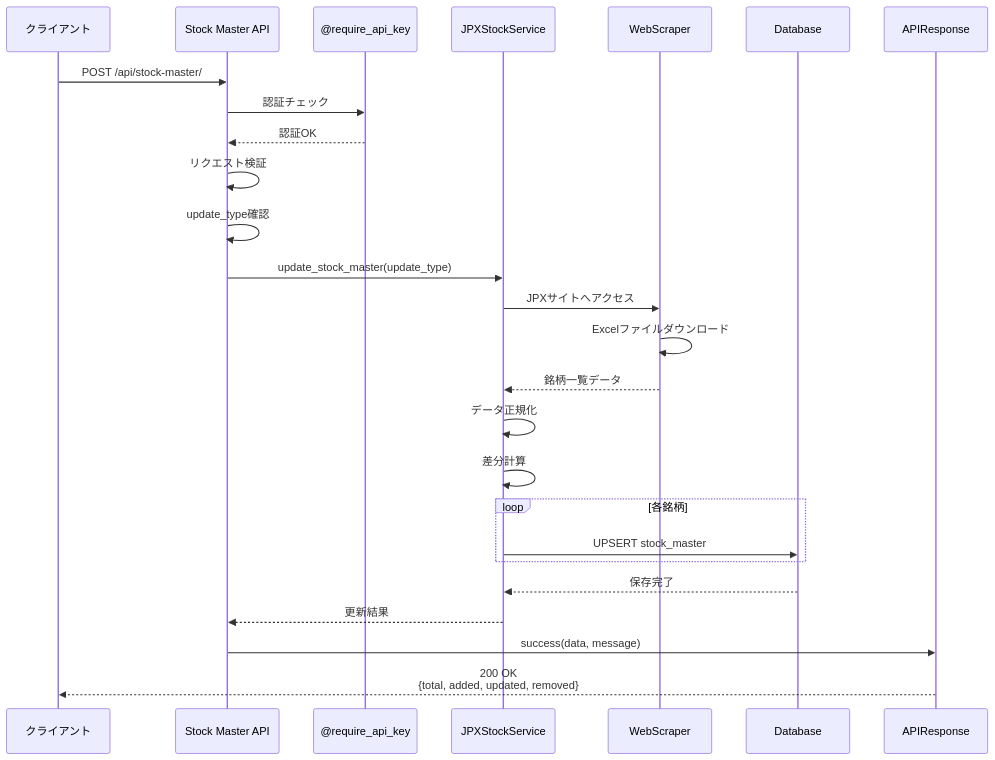
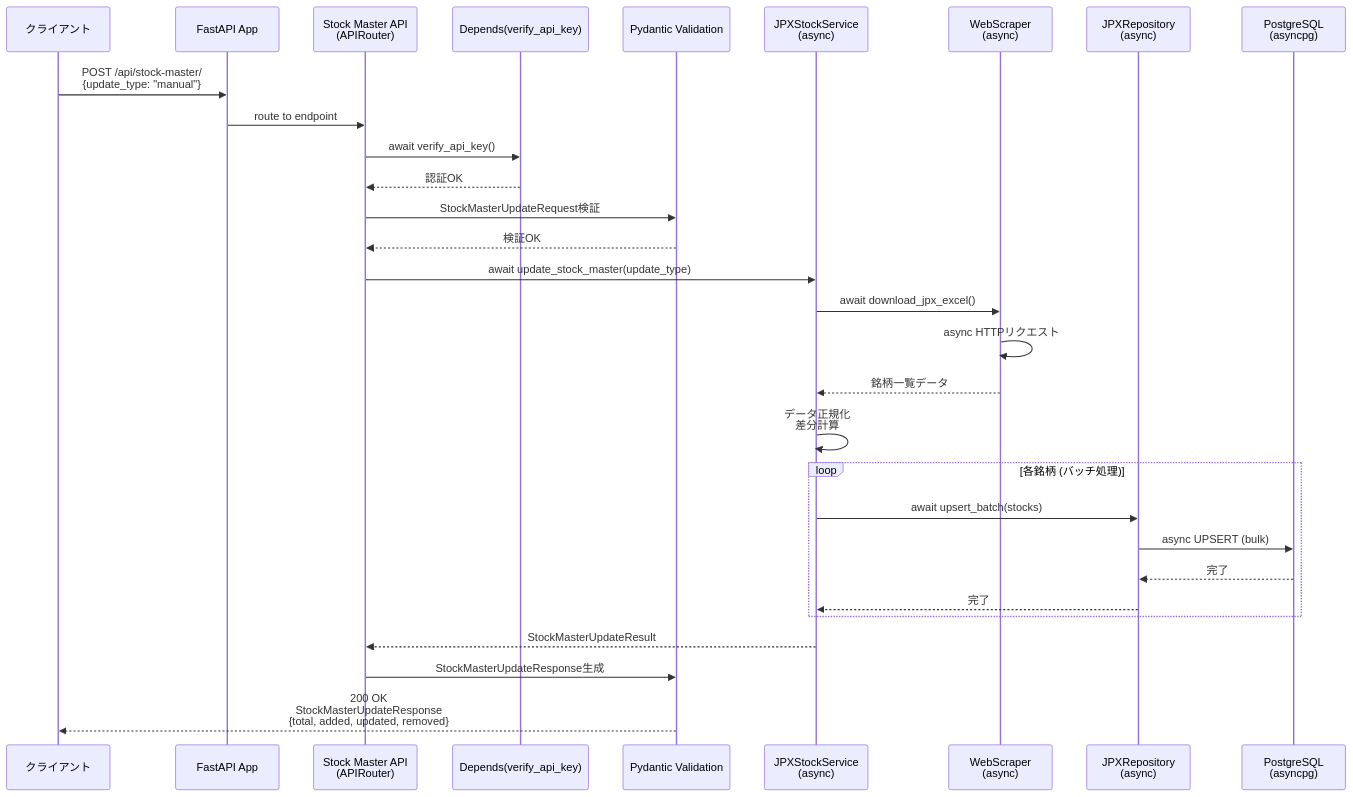
One commit to TIMMY-WEST/STOCK-INVESTMENT-ANALYZER changed the fourth of 6 diagrams in docs/architecture/layers/api_layer.md. Above: the diagram before and after it, drawn with Mermaid. The commit also changed other lines of this file and 1 other file, not shown here.

````diff
--- a/docs/architecture/layers/api_layer.md
+++ b/docs/architecture/layers/api_layer.md
@@ -268,36 +305,41 @@
 ```mermaid
 sequenceDiagram
     participant Client as クライアント
-    participant StockAPI as Stock Master API
-    participant Auth as @require_api_key
-    participant JPXSvc as JPXStockService
-    participant Scraper as WebScraper
-    participant DB as Database
-    participant Response as APIResponse
+    participant FastAPI as FastAPI App
+    participant StockAPI as Stock Master API<br/>(APIRouter)
+    participant Auth as Depends(verify_api_key)
+    participant Pydantic as Pydantic Validation
+    participant JPXSvc as JPXStockService<br/>(async)
+    participant Scraper as WebScraper<br/>(async)
+    participant Repo as JPXRepository<br/>(async)
+    participant DB as PostgreSQL<br/>(asyncpg)
 
-    Client->>StockAPI: POST /api/stock-master/
-    StockAPI->>Auth: 認証チェック
+    Client->>FastAPI: POST /api/stock-master/<br/>{update_type: "manual"}
+    FastAPI->>StockAPI: route to endpoint
+
+    StockAPI->>Auth: await verify_api_key()
     Auth-->>StockAPI: 認証OK
 
-    StockAPI->>StockAPI: リクエスト検証
-    StockAPI->>StockAPI: update_type確認
+    StockAPI->>Pydantic: StockMasterUpdateRequest検証
+    Pydantic-->>StockAPI: 検証OK
 
-    StockAPI->>JPXSvc: update_stock_master(update_type)
+    StockAPI->>JPXSvc: await update_stock_master(update_type)
 
-    JPXSvc->>Scraper: JPXサイトへアクセス
-    Scraper->>Scraper: Excelファイルダウンロード
+    JPXSvc->>Scraper: await download_jpx_excel()
+    Scraper->>Scraper: async HTTPリクエスト
     Scraper-->>JPXSvc: 銘柄一覧データ
 
-    JPXSvc->>JPXSvc: データ正規化
-    JPXSvc->>JPXSvc: 差分計算
+    JPXSvc->>JPXSvc: データ正規化<br/>差分計算
 
-    loop 各銘柄
-        JPXSvc->>DB: UPSERT stock_master
+    loop 各銘柄 (バッチ処理)
+        JPXSvc->>Repo: await upsert_batch(stocks)
+        Repo->>DB: async UPSERT (bulk)
+        DB-->>Repo: 完了
+        Repo-->>JPXSvc: 完了
     end
 
-    DB-->>JPXSvc: 保存完了
-    JPXSvc-->>StockAPI: 更新結果
+    JPXSvc-->>StockAPI: StockMasterUpdateResult
 
-    StockAPI->>Response: success(data, message)
-    Response-->>Client: 200 OK<br/>{total, added, updated, removed}
+    StockAPI->>Pydantic: StockMasterUpdateResponse生成
+    Pydantic-->>Client: 200 OK<br/>StockMasterUpdateResponse<br/>{total, added, updated, removed}
 ```
````
